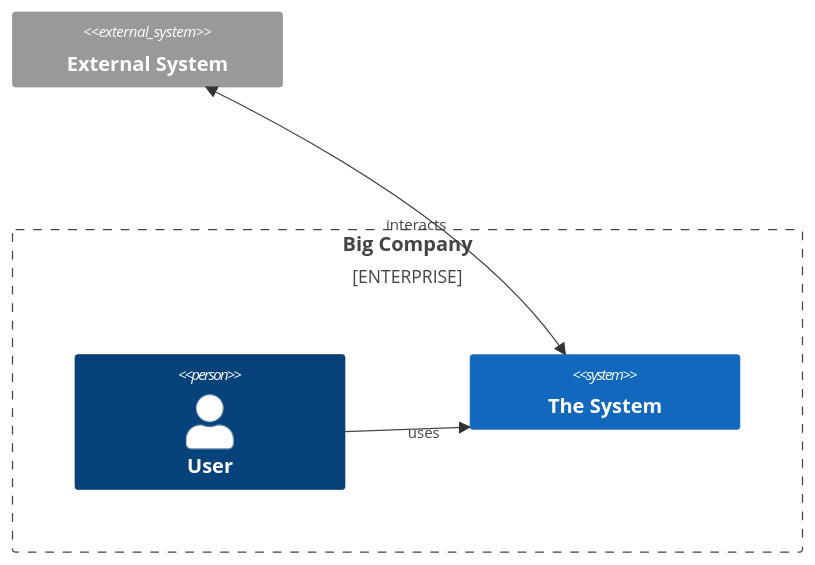
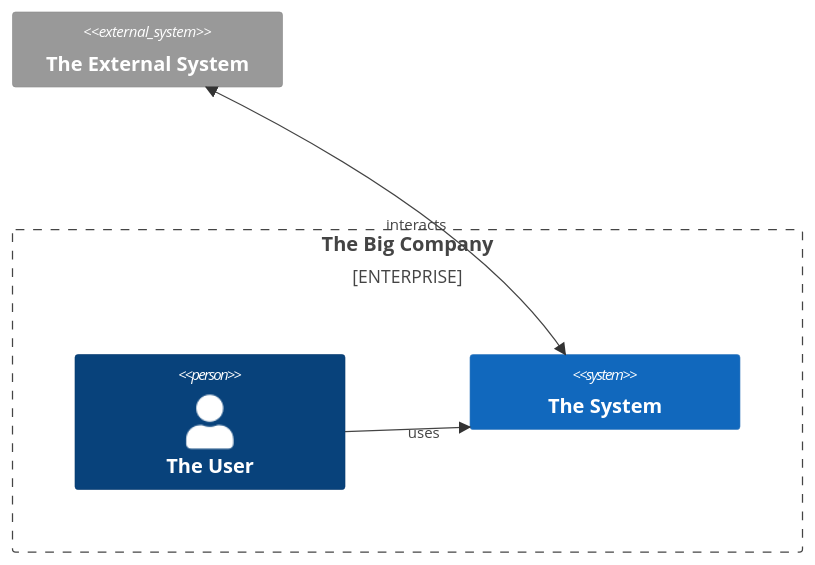
One commit to majochi/github-markdown changed the seventh of 7 diagrams in README.md. Above: the diagram before and after it, drawn with Mermaid.

````diff
--- a/README.md
+++ b/README.md
@@ -70,13 +70,13 @@
 ```mermaid
 C4Context
 
-Enterprise_Boundary(c0, "Big Company") {
-  Person(p_user, "User")
+Enterprise_Boundary(c0, "The Big Company") {
+  Person(p_user, "The User")
   System(s0, "The System")
 }
 
-System_Ext(s1, "External System")
+System_Ext(s1, "The External System")
 
 Rel(p_user, s0, "uses")
 BiRel(s0, s1, "interacts")
 ```
````
